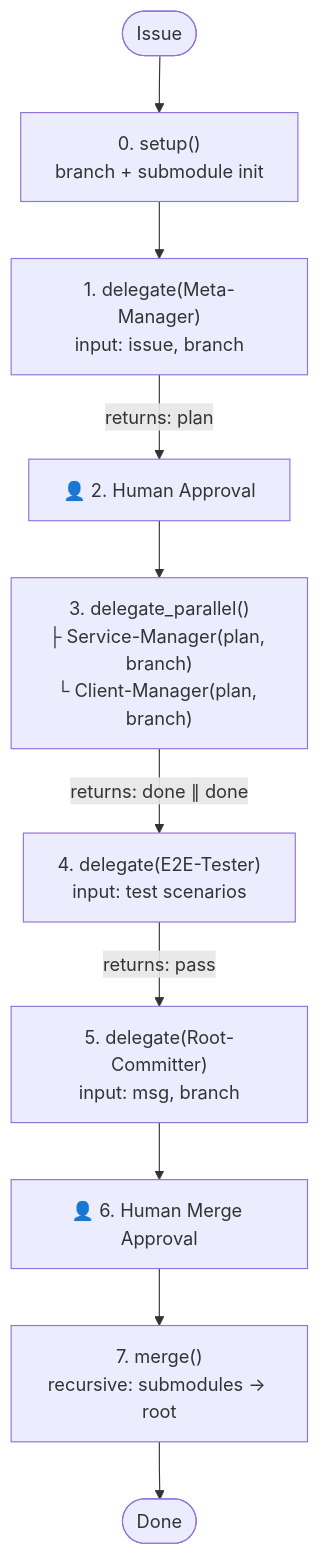
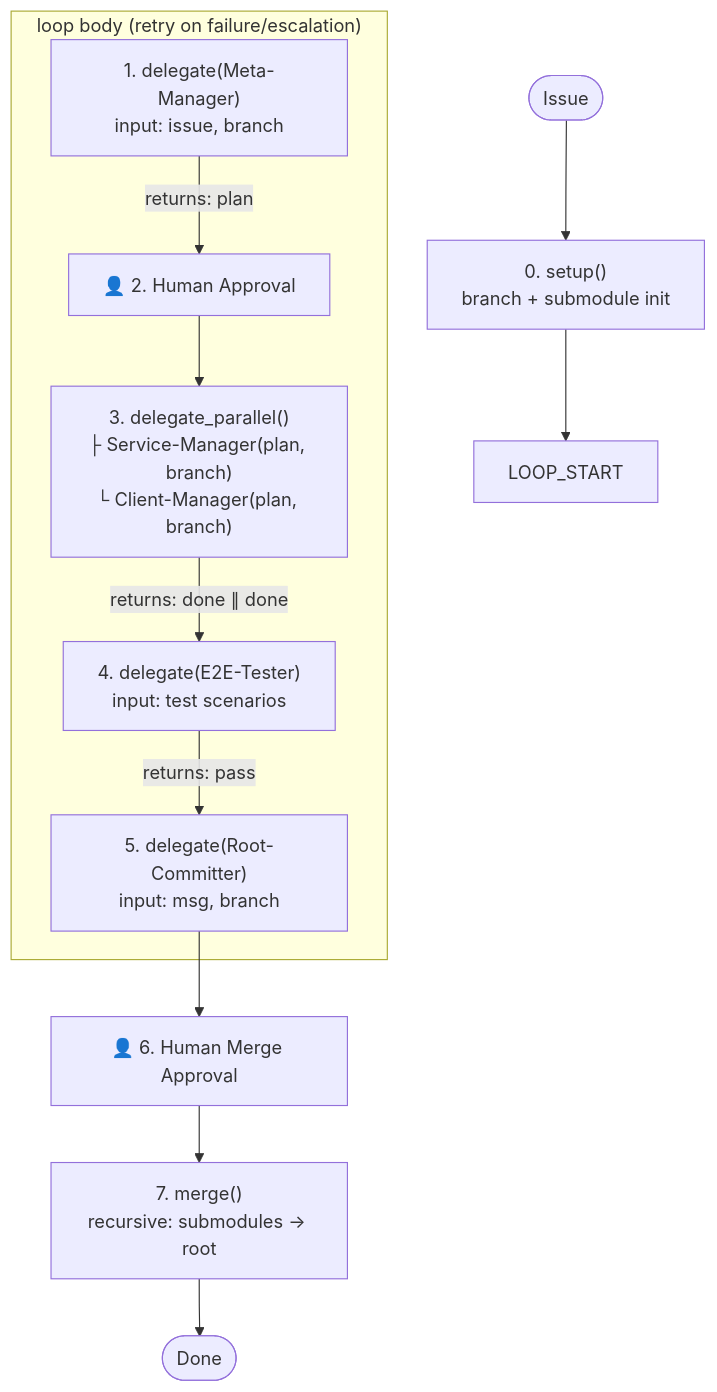
Before and after one commit to git-malu/AnyWear-E2E: the diagram in .opencode/agents/anywear-manager.md, drawn with Mermaid. The commit also changed other lines of this file, not shown here.

Commit message:
anywear manager 改进

````diff
--- a/.opencode/agents/anywear-manager.md
+++ b/.opencode/agents/anywear-manager.md
@@ -36,19 +36,23 @@
 ```mermaid
 flowchart TD
     START(["Issue"])
 
     START --> S0["0. setup()<br/>branch + submodule init"]
 
-    S0 --> S1["1. delegate(Meta-Manager)<br/>input: issue, branch"]
-    S1 -- "returns: plan" --> G1["👤 2. Human Approval"]
+    S0 --> LOOP_START
 
-    G1 --> S2["3. delegate_parallel()<br/>├ Service-Manager(plan, branch)<br/>└ Client-Manager(plan, branch)"]
-    S2 -- "returns: done ∥ done" --> S3["4. delegate(E2E-Tester)<br/>input: test scenarios"]
+    subgraph LOOP["loop body (retry on failure/escalation)"]
+        S1["1. delegate(Meta-Manager)<br/>input: issue, branch"]
+        S1 -- "returns: plan" --> G1["👤 2. Human Approval"]
 
-    S3 -- "returns: pass" --> S4["5. delegate(Root-Committer)<br/>input: msg, branch"]
+        G1 --> S2["3. delegate_parallel()<br/>├ Service-Manager(plan, branch)<br/>└ Client-Manager(plan, branch)"]
+        S2 -- "returns: done ∥ done" --> S3["4. delegate(E2E-Tester)<br/>input: test scenarios"]
+
+        S3 -- "returns: pass" --> S4["5. delegate(Root-Committer)<br/>input: msg, branch"]
+    end
 
     S4 --> G2["👤 6. Human Merge Approval"]
 
     G2 --> S5["7. merge()<br/>recursive: submodules → root"]
     S5 --> DONE(["Done"])
 ```
````
